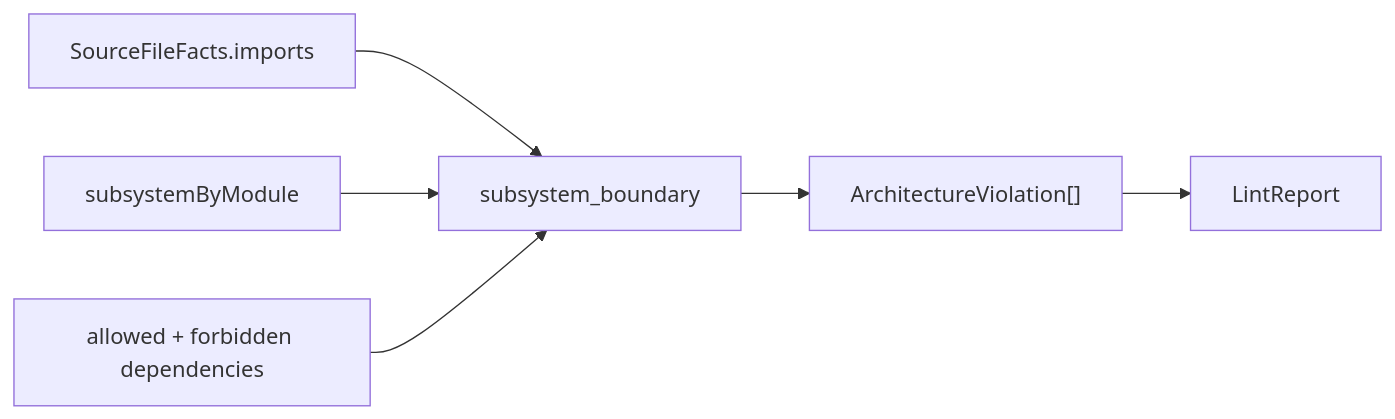
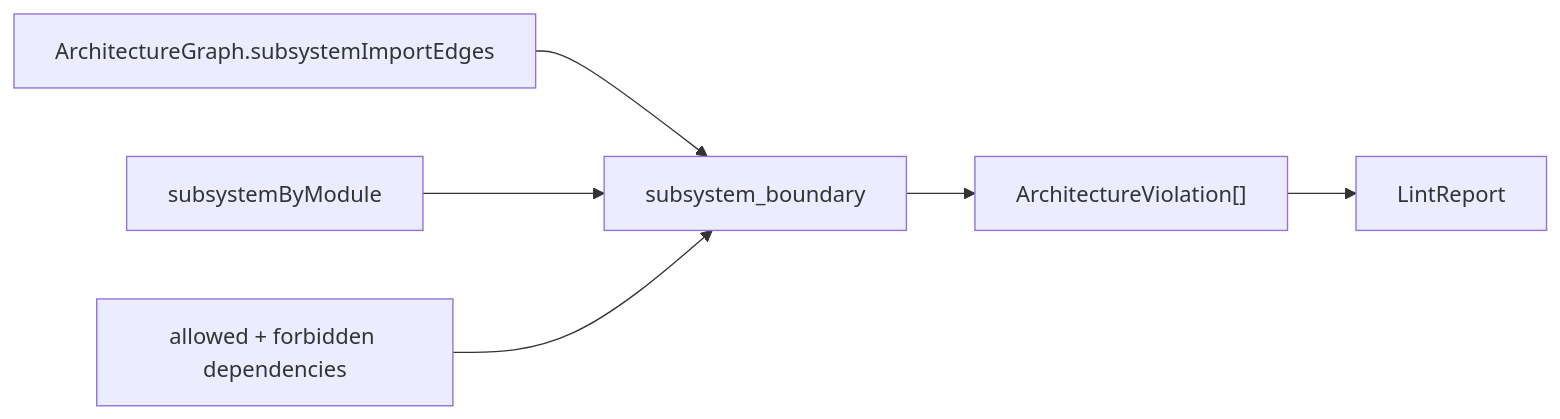
The third of 7 diagrams in docs/ARCHITECTURE_SNAPSHOT.md (RoyalPineapple/BumperBowling), drawn with Mermaid before and after one commit. The commit also changed other lines of this file and 17 other files, not shown here.

Commit message:
Reframe DSL around architecture graph

````diff
--- a/docs/ARCHITECTURE_SNAPSHOT.md
+++ b/docs/ARCHITECTURE_SNAPSHOT.md
@@ -45,8 +47,8 @@
 ```mermaid
 flowchart LR
-    Imports["SourceFileFacts.imports"] --> SubsystemBoundary["subsystem_boundary"]
+    Imports["ArchitectureGraph.subsystemImportEdges"] --> SubsystemBoundary["subsystem_boundary"]
     Modules["subsystemByModule"] --> SubsystemBoundary
     Dependencies["allowed + forbidden dependencies"] --> SubsystemBoundary
     SubsystemBoundary --> Findings["ArchitectureViolation[]"]
     Findings --> Report["LintReport"]
 ```
````
